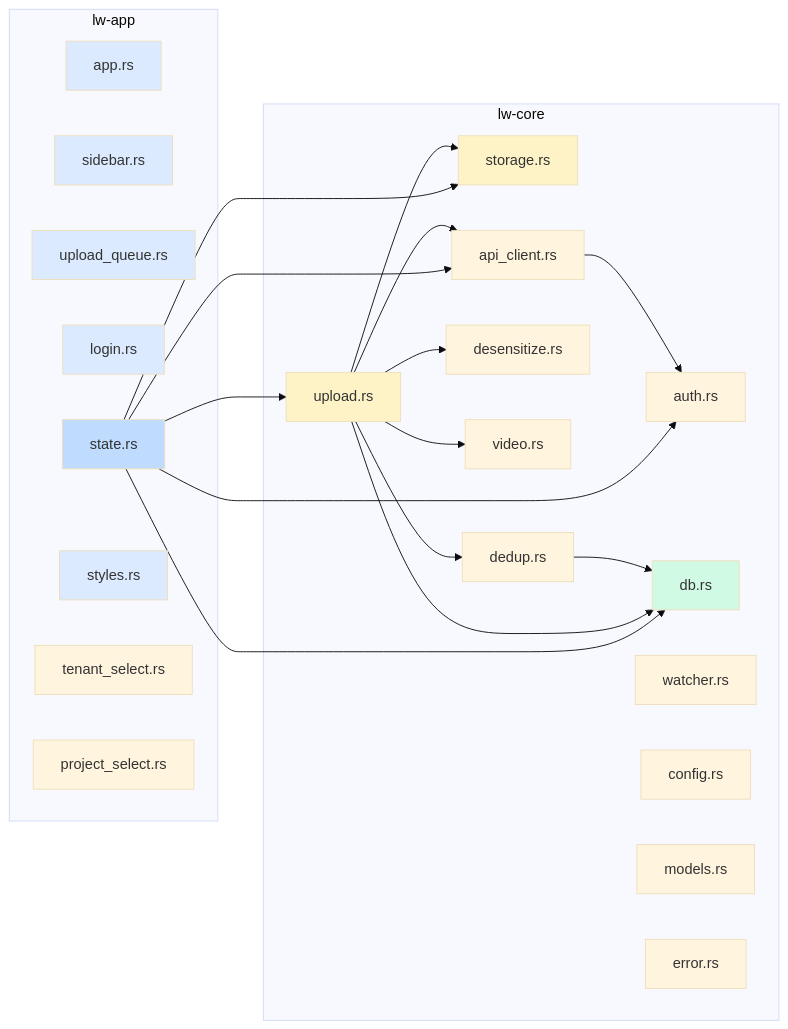
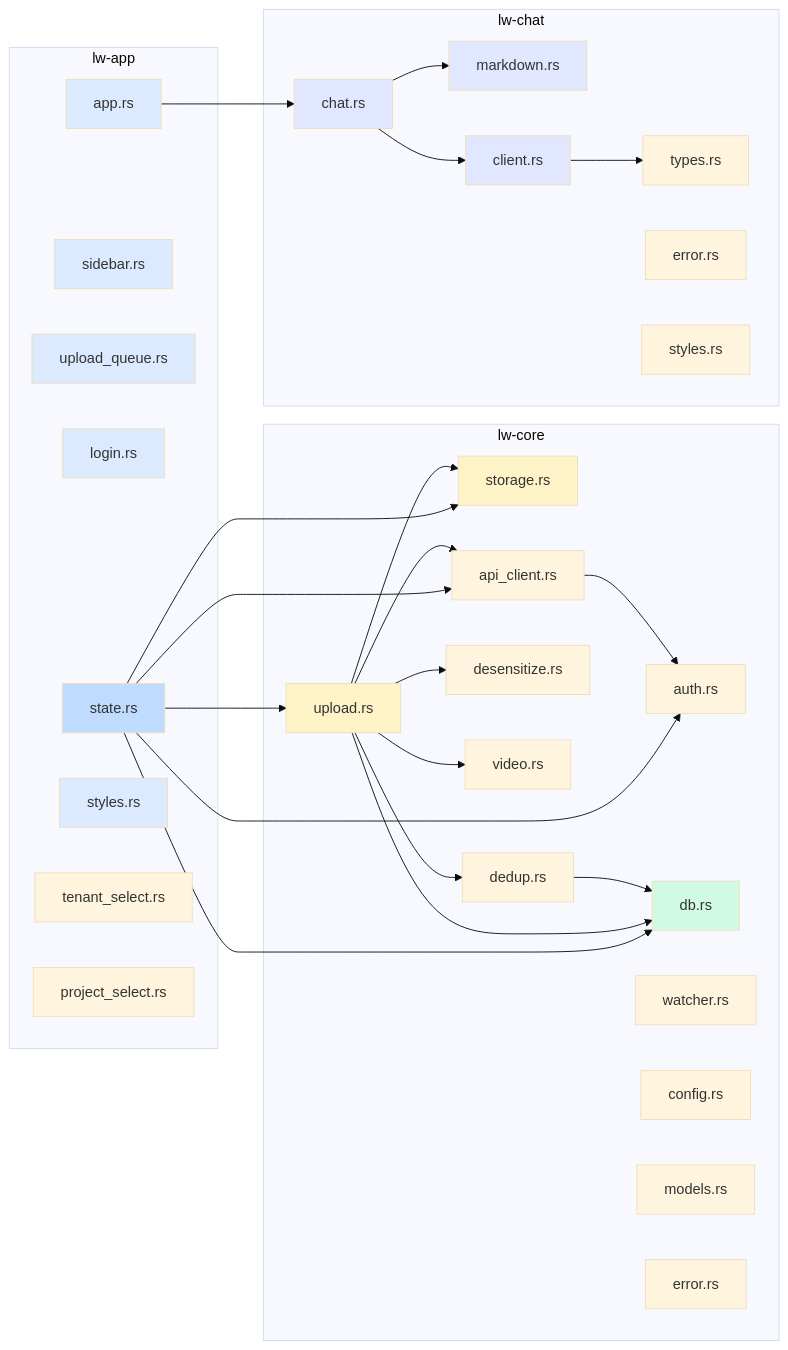
The fourth of 4 diagrams in ARCHITECTURE.md (Vision-Nexus/linewise-desktop), drawn with Mermaid (base theme) before and after one commit. The commit also changed other lines of this file and 13 other files, not shown here.

````diff
--- a/ARCHITECTURE.md
+++ b/ARCHITECTURE.md
@@ -137,53 +151,70 @@
 ```mermaid
 graph LR
     subgraph "lw-app"
         A1[app.rs]
         A2[sidebar.rs]
         A3[upload_queue.rs]
         A4[login.rs]
         A5[state.rs]
         A6[styles.rs]
         A7[tenant_select.rs]
         A8[project_select.rs]
+    end
+
+    subgraph "lw-chat"
+        H1[chat.rs]
+        H2[markdown.rs]
+        H3[client.rs]
+        H4[types.rs]
+        H5[error.rs]
+        H6[styles.rs]
     end
 
     subgraph "lw-core"
         C1[upload.rs]
         C2[storage.rs]
         C3[api_client.rs]
         C4[auth.rs]
         C5[db.rs]
         C6[desensitize.rs]
         C7[video.rs]
         C8[dedup.rs]
         C9[watcher.rs]
         C10[config.rs]
         C11[models.rs]
         C12[error.rs]
     end
+
+    A1 --> H1
+    H1 --> H2
+    H1 --> H3
+    H3 --> H4
 
     A5 --> C1
     A5 --> C3
     A5 --> C4
     A5 --> C5
     A5 --> C2
 
     C1 --> C2
     C1 --> C3
     C1 --> C5
     C1 --> C6
     C1 --> C7
     C1 --> C8
     C3 --> C4
     C8 --> C5
 
     style A1 fill:#dbeafe
     style A2 fill:#dbeafe
     style A3 fill:#dbeafe
     style A4 fill:#dbeafe
     style A5 fill:#bfdbfe
     style A6 fill:#dbeafe
+    style H1 fill:#e0e7ff
+    style H2 fill:#e0e7ff
+    style H3 fill:#e0e7ff
     style C1 fill:#fef3c7
     style C2 fill:#fef3c7
     style C5 fill:#d1fae5
 ```
````
